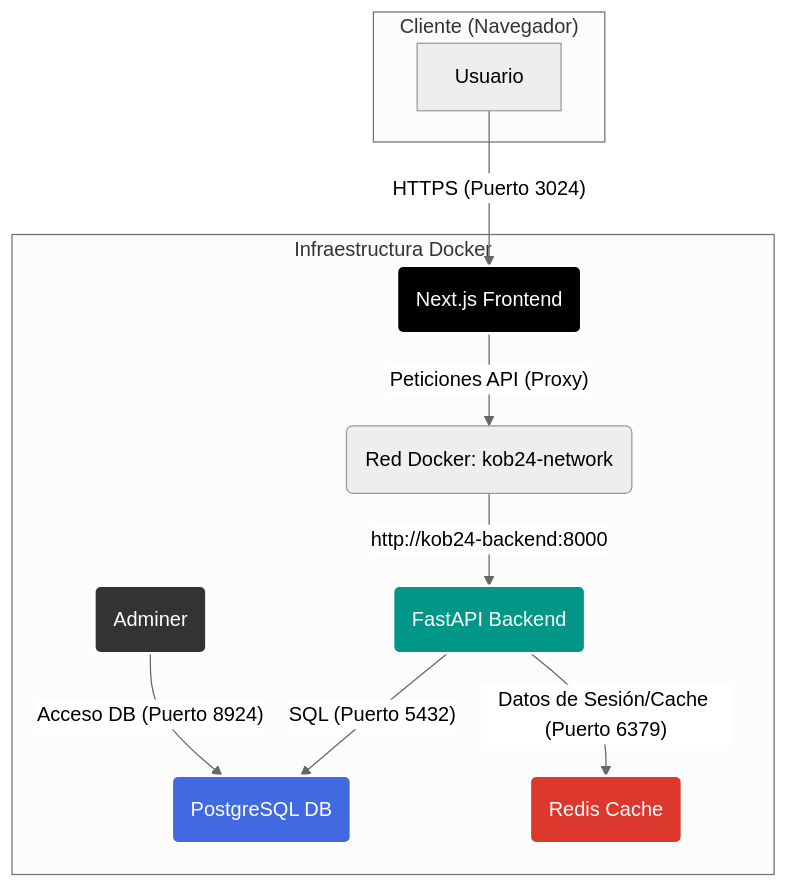
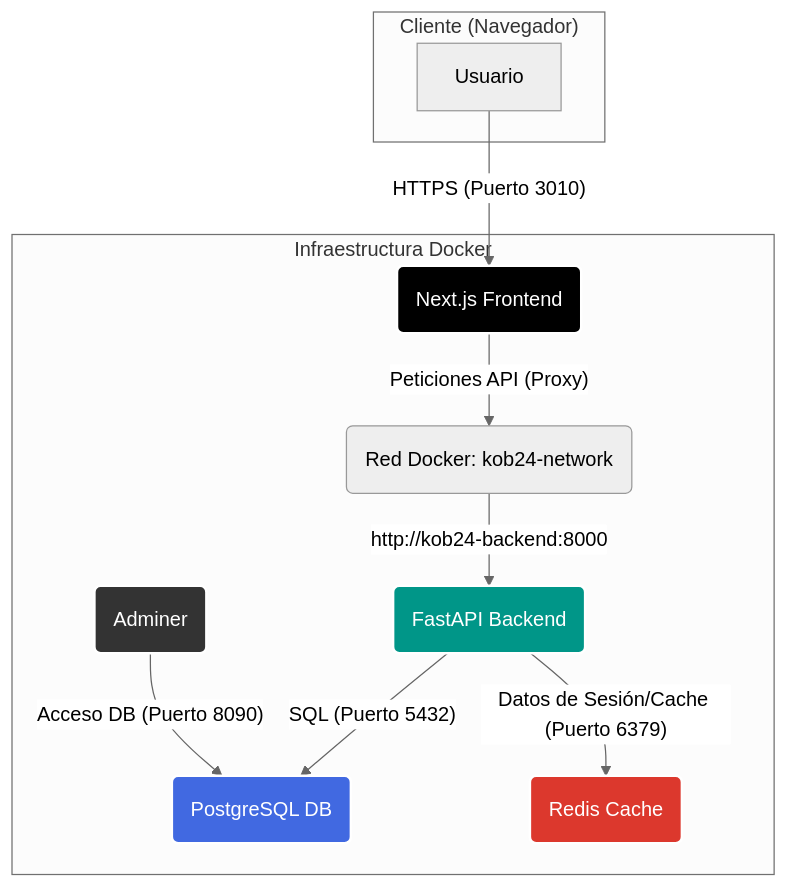
One commit to jokken79/KobetsuV1.0 changed the diagram in AUDITORIA_ARQUITECTURA.md. Above: the diagram before and after it, drawn with Mermaid (neutral theme). The commit also changed 3 other files, not shown here.

````diff
--- a/AUDITORIA_ARQUITECTURA.md
+++ b/AUDITORIA_ARQUITECTURA.md
@@ -9,28 +9,28 @@
 ```mermaid
 graph TD
     subgraph "Cliente (Navegador)"
         A[Usuario]
     end
 
     subgraph "Infraestructura Docker"
         B(Next.js Frontend)
         C(FastAPI Backend)
         D(PostgreSQL DB)
         E(Redis Cache)
         F(Adminer)
         G(Red Docker: kob24-network)
     end
 
-    A -- HTTPS (Puerto 3024) --> B
+    A -- HTTPS (Puerto 3010) --> B
     B -- Peticiones API (Proxy) --> G
     G -- http://kob24-backend:8000 --> C
     C -- SQL (Puerto 5432) --> D
     C -- Datos de Sesión/Cache (Puerto 6379) --> E
-    F -- Acceso DB (Puerto 8924) --> D
+    F -- Acceso DB (Puerto 8090) --> D
 
     style B fill:#000,stroke:#fff,stroke-width:2px,color:#fff
     style C fill:#009688,stroke:#fff,stroke-width:2px,color:#fff
     style D fill:#4169E1,stroke:#fff,stroke-width:2px,color:#fff
     style E fill:#DC382D,stroke:#fff,stroke-width:2px,color:#fff
     style F fill:#333,stroke:#fff,stroke-width:2px,color:#fff
 ```
````
